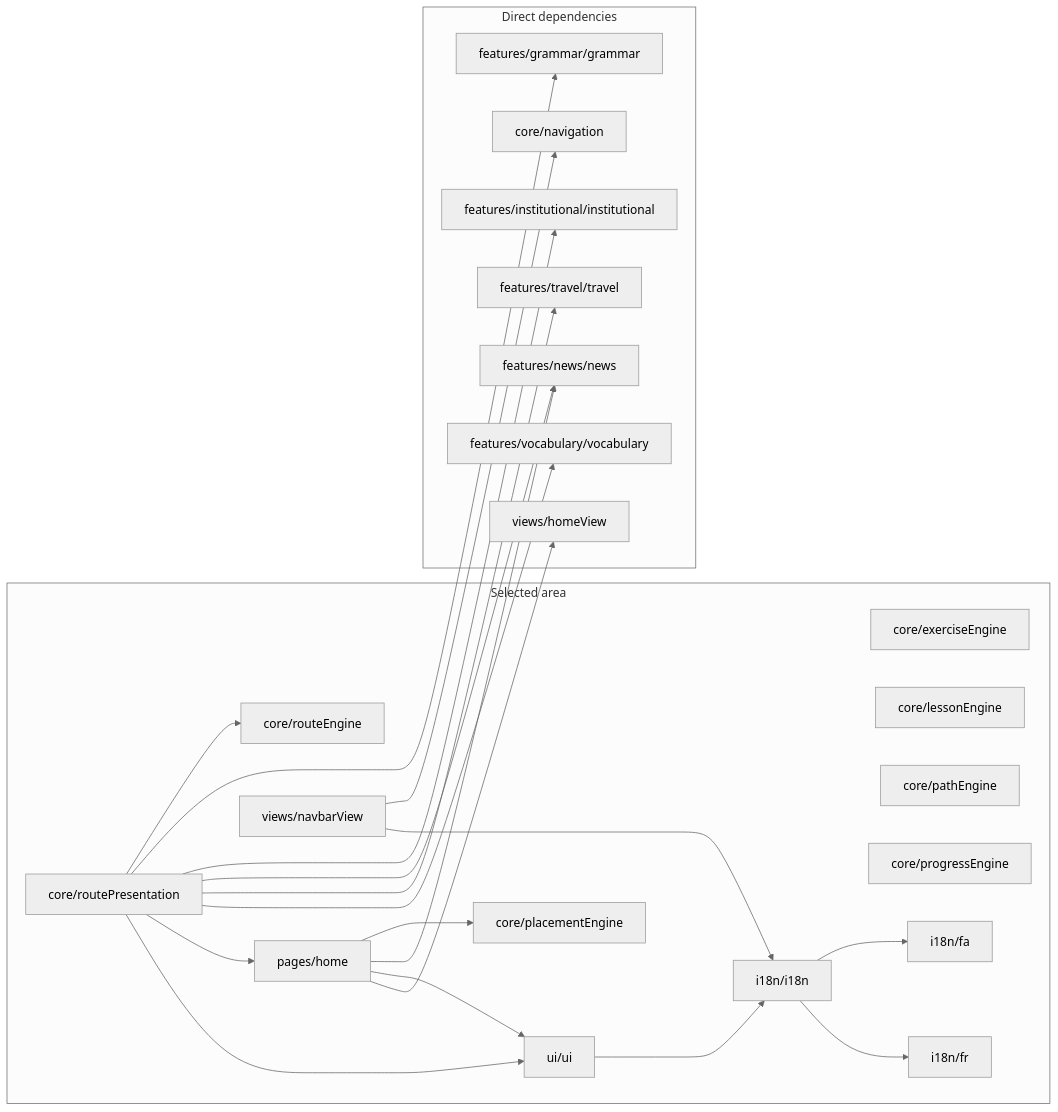
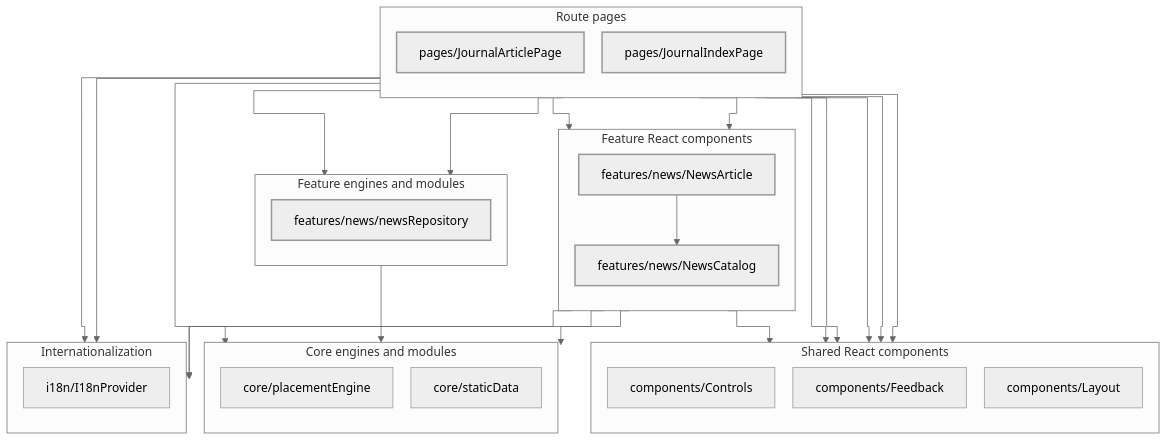
One commit to temsahak-rgb/Dino-5monde changed the eighth of 9 diagrams in docs/dependency-graph.md. Above: the diagram before and after it, drawn with Mermaid (neutral theme). The commit also changed other lines of this file and 73 other files, not shown here.

````diff
--- a/docs/dependency-graph.md
+++ b/docs/dependency-graph.md
@@ -373,44 +524,52 @@
 ```mermaid
-flowchart LR
-    subgraph S["Selected area"]
-        M0["core/exerciseEngine"]
-        M1["core/lessonEngine"]
-        M2["core/pathEngine"]
-        M3["core/placementEngine"]
-        M4["core/progressEngine"]
-        M5["core/routeEngine"]
-        M6["core/routePresentation"]
-        M7["i18n/fa"]
-        M8["i18n/fr"]
-        M9["i18n/i18n"]
-        M10["pages/home"]
-        M11["ui/ui"]
-        M12["views/navbarView"]
+%%{init: {"flowchart": {"curve": "stepAfter", "nodeSpacing": 24, "rankSpacing": 42}}}%%
+flowchart TB
+    classDef focus stroke-width:2px
+    subgraph S4["Route pages"]
+        direction TB
+        M0["pages/JournalArticlePage"]:::focus
+        M1["pages/JournalIndexPage"]:::focus
     end
-    subgraph D["Direct dependencies"]
-        M13["core/navigation"]
-        M14["features/grammar/grammar"]
-        M15["features/institutional/institutional"]
-        M16["features/news/news"]
-        M17["features/travel/travel"]
-        M18["features/vocabulary/vocabulary"]
-        M19["views/homeView"]
+    subgraph S5["Shared React components"]
+        direction TB
+        M2["components/Controls"]
+        M3["components/Feedback"]
+        M4["components/Layout"]
     end
-    M6 --> M5
-    M6 --> M14
-    M6 --> M15
-    M6 --> M16
-    M6 --> M17
-    M6 --> M18
+    subgraph S6["Feature React components"]
+        direction TB
+        M5["features/news/NewsArticle"]:::focus
+        M6["features/news/NewsCatalog"]:::focus
+    end
+    subgraph S7["Feature engines and modules"]
+        direction TB
+        M7["features/news/newsRepository"]:::focus
+    end
+    subgraph S8["Core engines and modules"]
+        direction TB
+        M8["core/placementEngine"]
+        M9["core/staticData"]
+    end
+    subgraph S9["Internationalization"]
+        direction TB
+        M10["i18n/I18nProvider"]
+    end
+    M5 --> M6
+    M5 --> M10
+    M5 --> M2
+    M6 --> M9
     M6 --> M10
-    M6 --> M11
-    M9 --> M7
-    M9 --> M8
-    M10 --> M3
-    M10 --> M16
-    M10 --> M11
-    M10 --> M19
-    M11 --> M9
-    M12 --> M13
-    M12 --> M9
+    M7 --> M9
+    M0 --> M8
+    M0 --> M5
+    M0 --> M7
+    M0 --> M10
+    M0 --> M2
+    M0 --> M3
+    M0 --> M4
+    M1 --> M6
+    M1 --> M7
+    M1 --> M10
+    M1 --> M3
+    M1 --> M4
 ```
````
